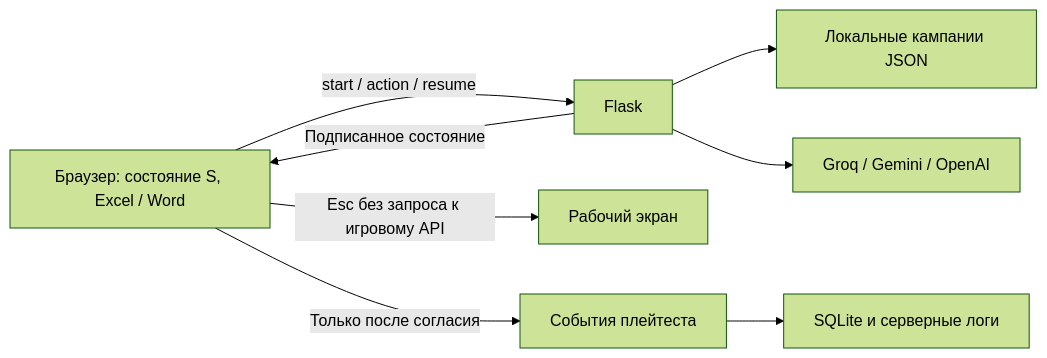
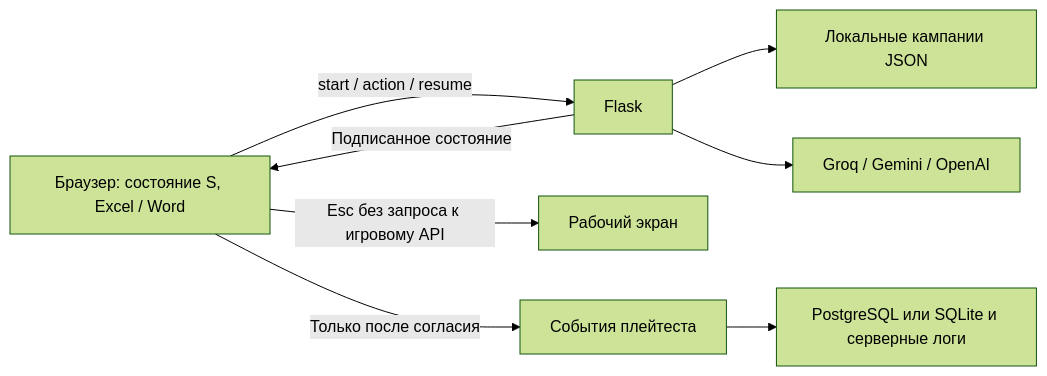
One commit to ruslan-berkin/project4businesscup2.0 changed the diagram in README.md. Above: the diagram before and after it, drawn with Mermaid (forest theme). The commit also changed other lines of this file and 9 other files, not shown here.

Commit message:
Support persistent PostgreSQL storage for playtest events

````diff
--- a/README.md
+++ b/README.md
@@ -69,10 +69,10 @@
 ```mermaid
 flowchart LR
     UI[Браузер: состояние S, Excel / Word] -->|start / action / resume| API[Flask]
     API --> Stories[Локальные кампании JSON]
     API --> AI[Groq / Gemini / OpenAI]
     API -->|Подписанное состояние| UI
     UI -->|Esc без запроса к игровому API| Work[Рабочий экран]
     UI -->|Только после согласия| Research[События плейтеста]
-    Research --> Store[SQLite и серверные логи]
+    Research --> Store[PostgreSQL или SQLite и серверные логи]
 ```
````
